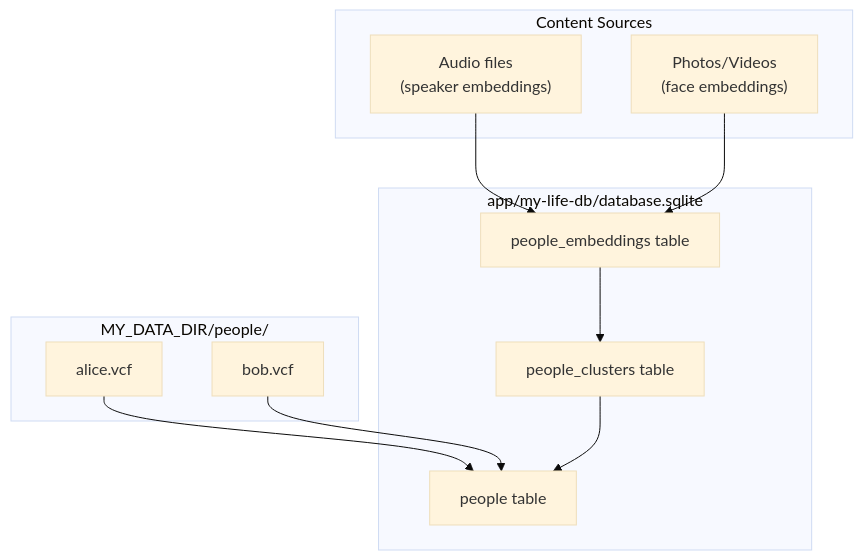
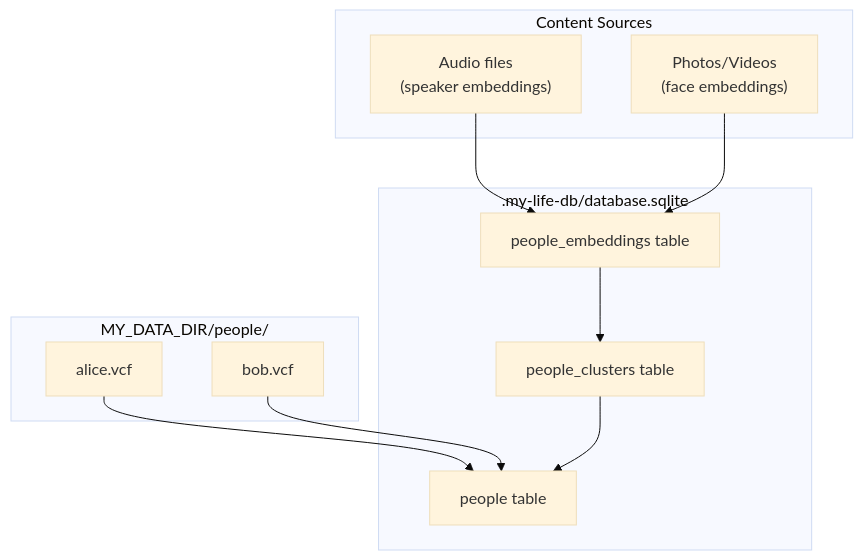
One commit to xiaoyuanzhu-com/my-life-db changed the first of 5 diagrams in docs/people.md. Above: the diagram before and after it, drawn with Mermaid (base theme). The commit also changed 5 other files, not shown here.

First line of the commit message:
refactor: move database from app/my-life-db to .my-life-db directory

````diff
--- a/docs/people.md
+++ b/docs/people.md
@@ -16,25 +16,25 @@
 ```mermaid
 graph TB
     subgraph UserData["MY_DATA_DIR/people/"]
         VCF1["alice.vcf"]
         VCF2["bob.vcf"]
     end
 
-    subgraph AppData["app/my-life-db/database.sqlite"]
+    subgraph AppData[".my-life-db/database.sqlite"]
         People["people table"]
         Embeddings["people_embeddings table"]
         Clusters["people_clusters table"]
     end
 
     subgraph Sources["Content Sources"]
         Audio["Audio files<br/>(speaker embeddings)"]
         Photos["Photos/Videos<br/>(face embeddings)"]
     end
 
     VCF1 --> People
     VCF2 --> People
     Audio --> Embeddings
     Photos --> Embeddings
     Embeddings --> Clusters
     Clusters --> People
 ```
````
